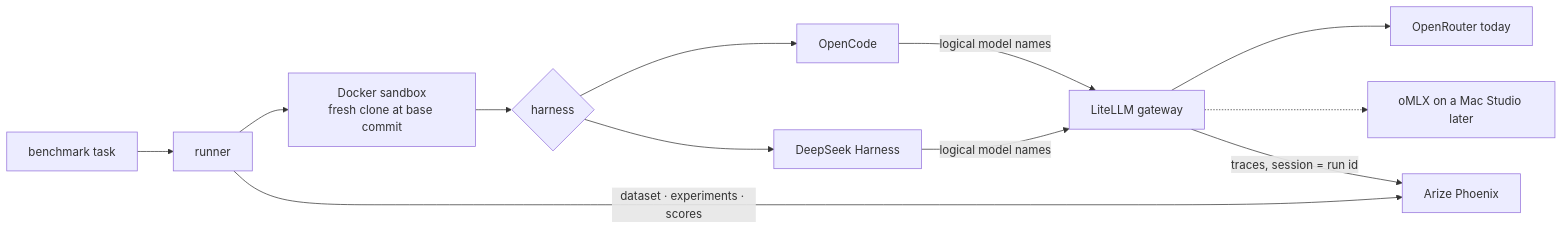
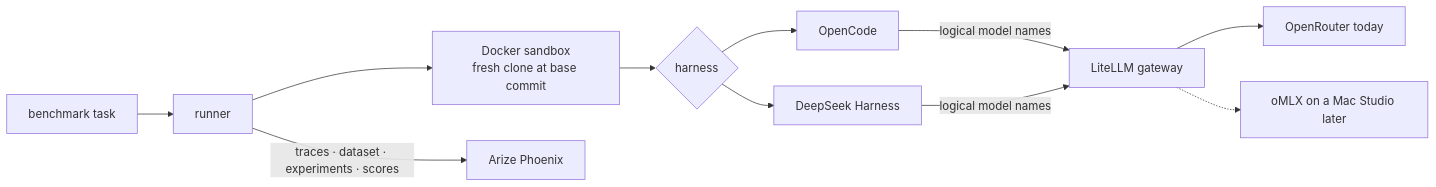
Before and after one commit to lkshrk/coding-harness: the first of 2 diagrams in README.md, drawn with Mermaid. The commit also changed other lines of this file and 5 other files, not shown here.

First line of the commit message:
feat: runner traces to Phoenix

````diff
--- a/README.md
+++ b/README.md
@@ -24,13 +24,12 @@
 ```mermaid
 flowchart LR
     T[benchmark task] --> R[runner]
     R --> S[Docker sandbox<br/>fresh clone at base commit]
     S --> H{harness}
     H --> OC[OpenCode]
     H --> DSH[DeepSeek Harness]
     OC & DSH -->|logical model names| GW[LiteLLM gateway]
     GW --> P1[OpenRouter today]
     GW -.-> P2[oMLX on a Mac Studio later]
-    GW -->|traces, session = run id| PX[Arize Phoenix]
-    R -->|dataset · experiments · scores| PX
+    R -->|traces · dataset · experiments · scores| PX[Arize Phoenix]
 ```
````
